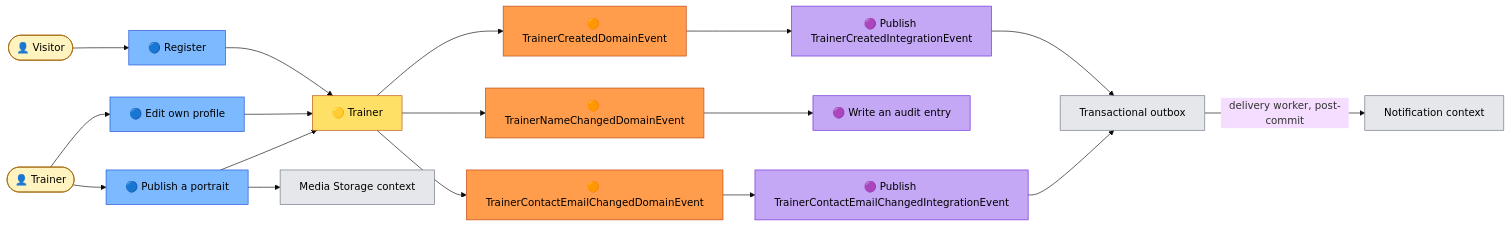
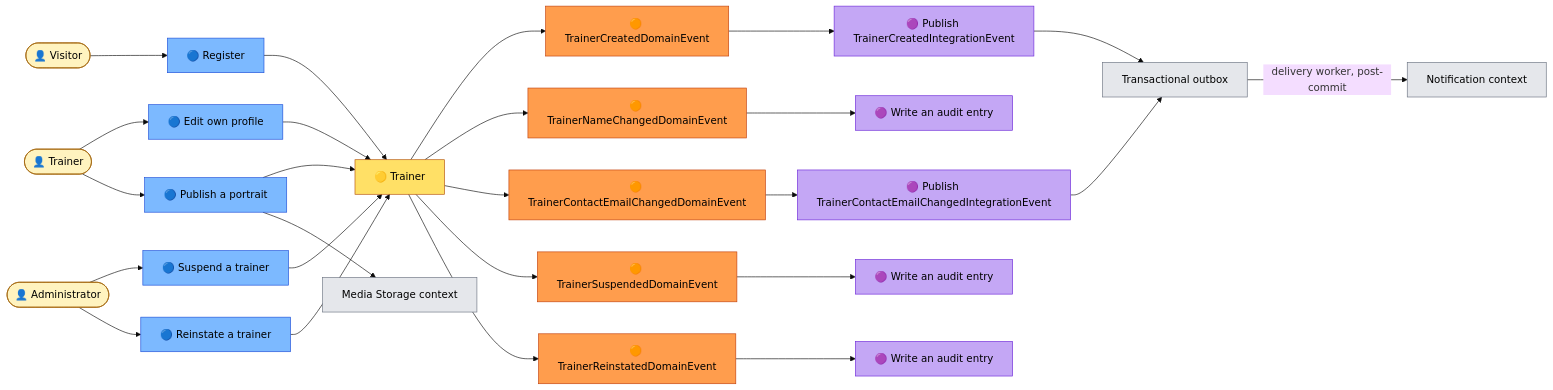
The first of 2 diagrams in docs/strategic-design/event-storming.md (maxime-poulain/BLRefactoring), drawn with Mermaid (base theme) before and after one commit. The commit also changed other lines of this file and 38 other files, not shown here.

````diff
--- a/docs/strategic-design/event-storming.md
+++ b/docs/strategic-design/event-storming.md
@@ -36,35 +36,44 @@
 ```mermaid
 flowchart LR
     A1(["👤 Visitor"]) --> C1["🔵 Register"]
     C1 --> AG1["🟡 Trainer"]
     AG1 --> E1["🟠 TrainerCreatedDomainEvent"]
     E1 --> P1["🟣 Publish TrainerCreatedIntegrationEvent"]
     P1 --> OB["Transactional outbox"]
     OB -->|"delivery worker, post-commit"| X1["Notification context"]
 
     A2(["👤 Trainer"]) --> C2["🔵 Edit own profile"]
     C2 --> AG1
     AG1 --> E2["🟠 TrainerNameChangedDomainEvent"]
     AG1 --> E3["🟠 TrainerContactEmailChangedDomainEvent"]
     E2 --> P2["🟣 Write an audit entry"]
     E3 --> P3["🟣 Publish TrainerContactEmailChangedIntegrationEvent"]
     P3 --> OB
 
     A2 --> C3["🔵 Publish a portrait"]
     C3 --> AG1
     C3 --> X2["Media Storage context"]
 
+    A3(["👤 Administrator"]) --> C4["🔵 Suspend a trainer"]
+    A3 --> C5["🔵 Reinstate a trainer"]
+    C4 --> AG1
+    C5 --> AG1
+    AG1 --> E4["🟠 TrainerSuspendedDomainEvent"]
+    AG1 --> E5["🟠 TrainerReinstatedDomainEvent"]
+    E4 --> P4["🟣 Write an audit entry"]
+    E5 --> P5["🟣 Write an audit entry"]
+
     classDef event fill:#ff9d4d,stroke:#c2410c,color:#000
     classDef command fill:#7cb9ff,stroke:#1d4ed8,color:#000
     classDef aggregate fill:#ffe066,stroke:#b45309,color:#000
     classDef policy fill:#c4a7f5,stroke:#6d28d9,color:#000
     classDef actor fill:#fff3bf,stroke:#a16207,color:#000
     classDef external fill:#e5e7eb,stroke:#6b7280,color:#000
 
-    class E1,E2,E3 event
-    class C1,C2,C3 command
+    class E1,E2,E3,E4,E5 event
+    class C1,C2,C3,C4,C5 command
     class AG1 aggregate
-    class P1,P2,P3 policy
-    class A1,A2 actor
+    class P1,P2,P3,P4,P5 policy
+    class A1,A2,A3 actor
     class X1,X2,OB external
 ```
````
